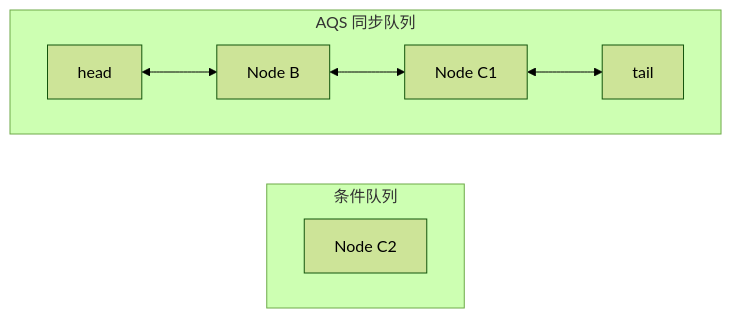
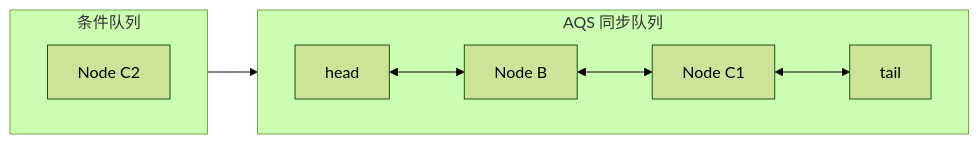
Before and after one commit to rebibabo/rebibabo.github.io: the diagram in images/Java-concurrency/IMG-20260707-000094.mmd, drawn with Mermaid (forest theme). The commit also changed 59 other files, not shown here.

```diff
--- a/images/Java-concurrency/IMG-20260707-000094.mmd
+++ b/images/Java-concurrency/IMG-20260707-000094.mmd
@@ -1,9 +1,9 @@
 graph LR
     subgraph CondQueue["条件队列"]
         direction LR
         C2["Node C2"]
     end
     subgraph SyncQueue["AQS 同步队列"]
         direction LR
         Head["head"] <--> B["Node B"] <--> C1["Node C1"] <--> Tail["tail"]
-    end
+    end    C2 --> Head
```
